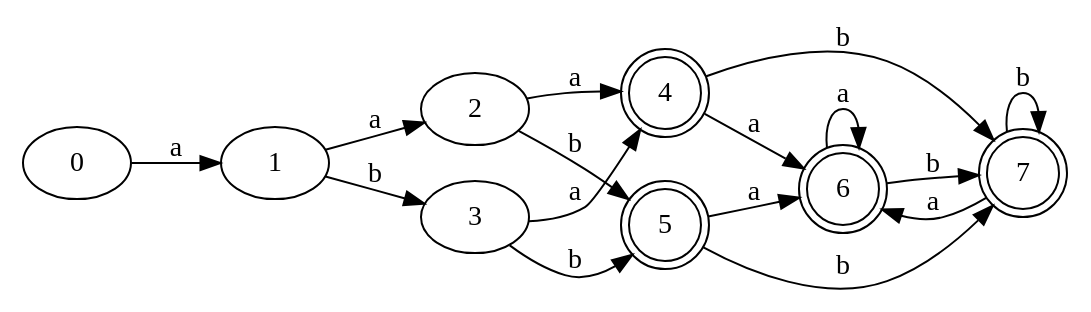
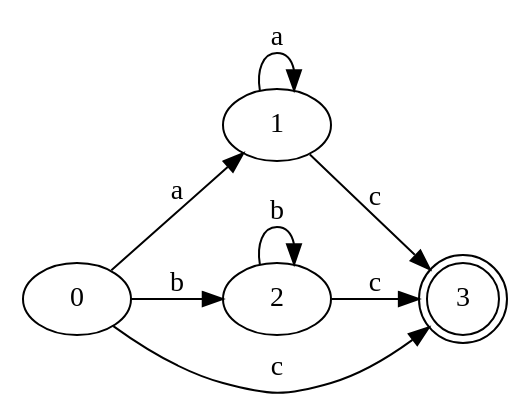
One commit to MaaarcosG/Automatas changed the diagram in Graph/DFA.gv. Above: the diagram before and after it, drawn with Graphviz. The commit also changed 13 other files, not shown here.

```diff
--- a/Graph/DFA.gv
+++ b/Graph/DFA.gv
@@ -1,26 +1,14 @@
 digraph Automata {
 	rankdir=LR
 	0 [label=0]
 	0 -> 1 [label=a]
+	0 -> 2 [label=b]
+	0 -> 3 [label=c]
 	1 [label=1]
-	1 -> 2 [label=a]
-	1 -> 3 [label=b]
+	1 -> 1 [label=a]
+	1 -> 3 [label=c]
 	2 [label=2]
-	2 -> 4 [label=a]
-	2 -> 5 [label=b]
-	3 [label=3]
-	3 -> 4 [label=a]
-	3 -> 5 [label=b]
-	4 [label=4 shape=doublecircle]
-	4 -> 6 [label=a]
-	4 -> 7 [label=b]
-	5 [label=5 shape=doublecircle]
-	5 -> 6 [label=a]
-	5 -> 7 [label=b]
-	6 [label=6 shape=doublecircle]
-	6 -> 6 [label=a]
-	6 -> 7 [label=b]
-	7 [label=7 shape=doublecircle]
-	7 -> 6 [label=a]
-	7 -> 7 [label=b]
+	2 -> 2 [label=b]
+	2 -> 3 [label=c]
+	3 [label=3 shape=doublecircle]
 }
```
